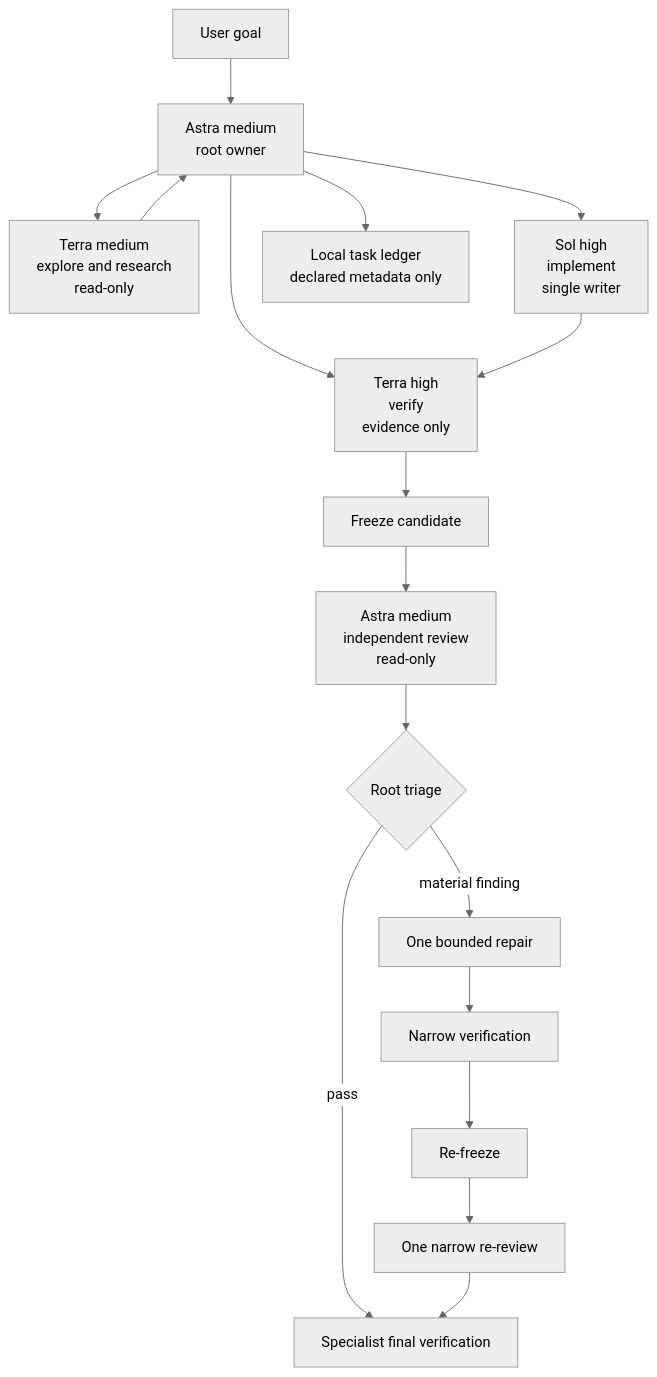
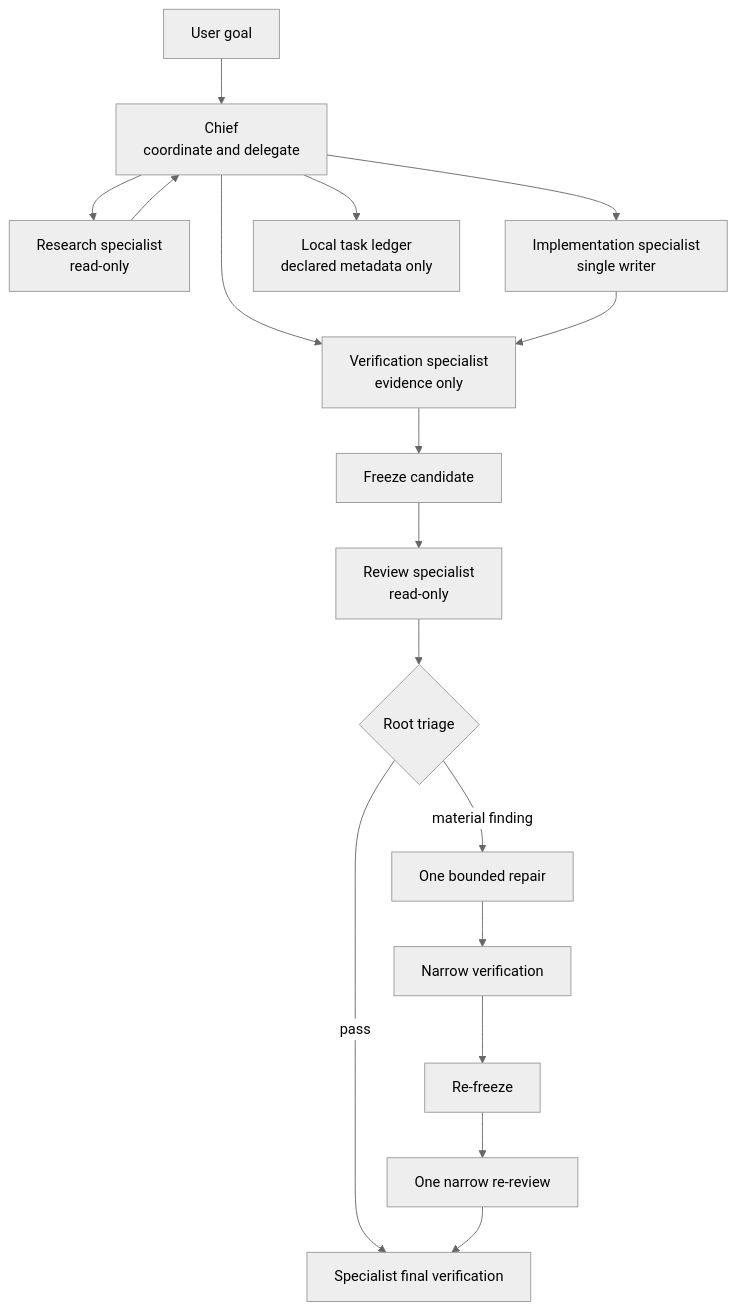
One commit to metapak/codex-bounded-orchestrator changed the diagram in README.md. Above: the diagram before and after it, drawn with Mermaid (neutral theme). The commit also changed other lines of this file and 9 other files, not shown here.

````diff
--- a/README.md
+++ b/README.md
@@ -48,19 +74,19 @@
 ```mermaid
 flowchart TD
-    U[User goal] --> O["Astra medium<br/>root owner"]
-    O --> E["Terra medium<br/>explore and research<br/>read-only"]
-    O --> I["Sol high<br/>implement<br/>single writer"]
-    O --> V["Terra high<br/>verify<br/>evidence only"]
+    U[User goal] --> O["Chief<br/>coordinate and delegate"]
+    O --> E["Research specialist<br/>read-only"]
+    O --> I["Implementation specialist<br/>single writer"]
+    O --> V["Verification specialist<br/>evidence only"]
     O --> L["Local task ledger<br/>declared metadata only"]
     E --> O
     I --> V
     V --> F[Freeze candidate]
-    F --> R["Astra medium<br/>independent review<br/>read-only"]
+    F --> R["Review specialist<br/>read-only"]
     R --> T{Root triage}
     T -->|pass| D[Specialist final verification]
     T -->|material finding| B[One bounded repair]
     B --> V2[Narrow verification]
     V2 --> F2[Re-freeze]
     F2 --> R2[One narrow re-review]
     R2 --> D
 ```
````
